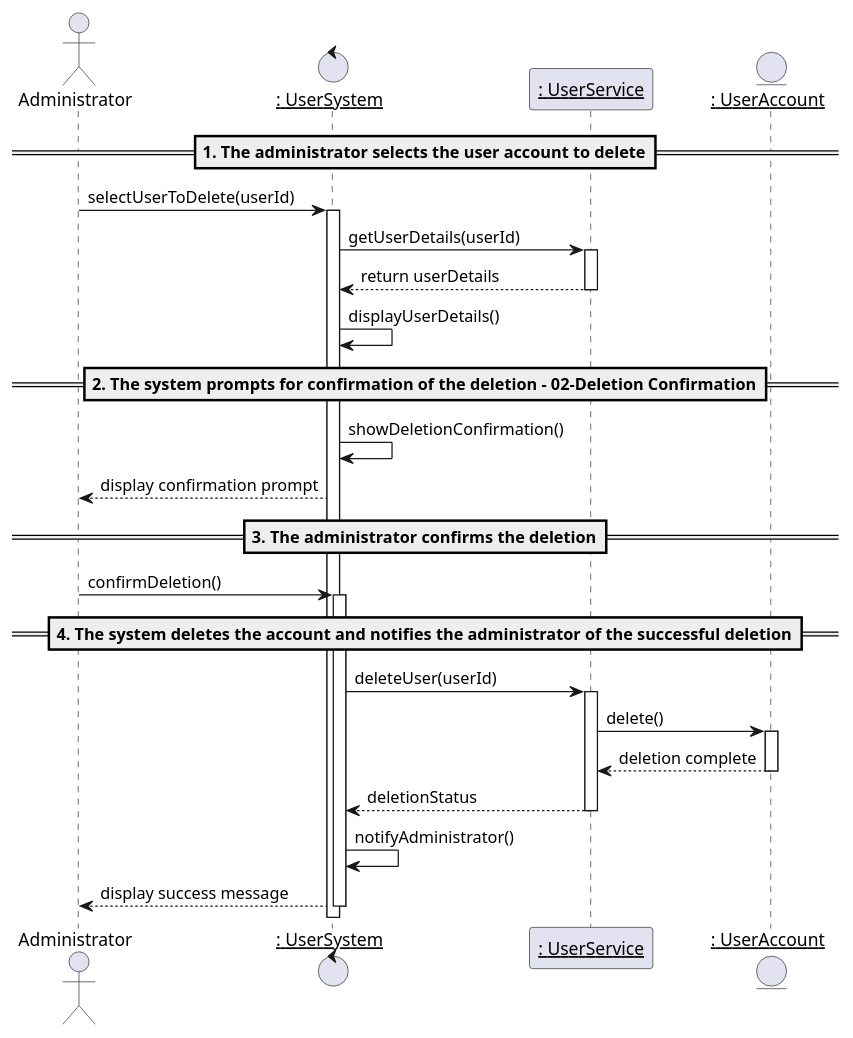
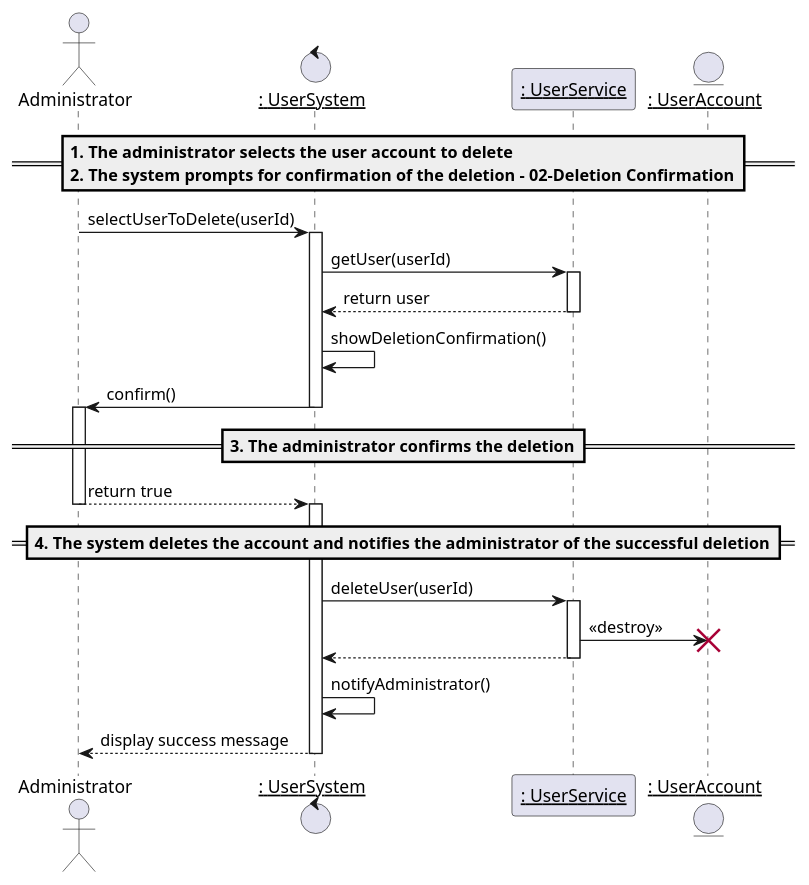
The diagram in 02-analysis/usecases/images/delete-account.puml (mrle0429/Event-Management-System), drawn with PlantUML before and after one commit. The commit also changed 1 other file, not shown here.

```diff
--- a/02-analysis/usecases/images/delete-account.puml
+++ b/02-analysis/usecases/images/delete-account.puml
@@ -1,49 +1,51 @@
 @startuml delete_user_account
 
 actor "Administrator" as a
 
 control "__: UserSystem__" as c
 participant "__: UserService__" as s
 entity "__: UserAccount__" as u
 
-==1. The administrator selects the user account to delete==
+==1. The administrator selects the user account to delete\n2. The system prompts for confirmation of the deletion - 02-Deletion Confirmation==
 
 a->c: selectUserToDelete(userId)
 activate c
 
-c->s: getUserDetails(userId)
+c->s: getUser(userId)
 activate s
-s-->c: return userDetails
+s-->c: return user
 deactivate s
 
-c->c: displayUserDetails()
 
-==2. The system prompts for confirmation of the deletion - 02-Deletion Confirmation==
+
 
 c->c: showDeletionConfirmation()
-c-->a: display confirmation prompt
+
+c -> a: confirm()
+deactivate c
+activate a
 
 ==3. The administrator confirms the deletion==
 
-a->c: confirmDeletion()
+a --> c: return true
+deactivate a
 activate c
 
 ==4. The system deletes the account and notifies the administrator of the successful deletion==
 
 c->s: deleteUser(userId)
 activate s
 
-s->u: delete()
-activate u
-u-->s: deletion complete
+s->u: <<destroy>>
+destroy u
 deactivate u
 
-s-->c: deletionStatus
+s-->c
 deactivate s
 
 c->c: notifyAdministrator()
 
 c-->a: display success message
 deactivate c
 
 @enduml
```
